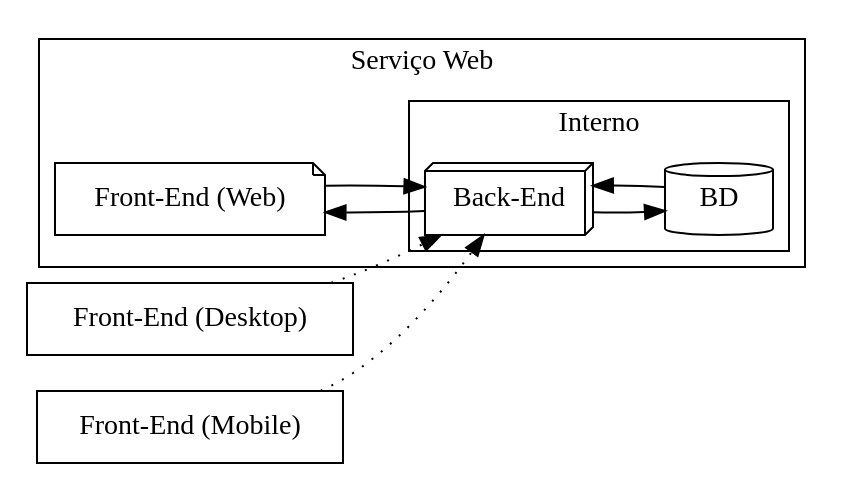
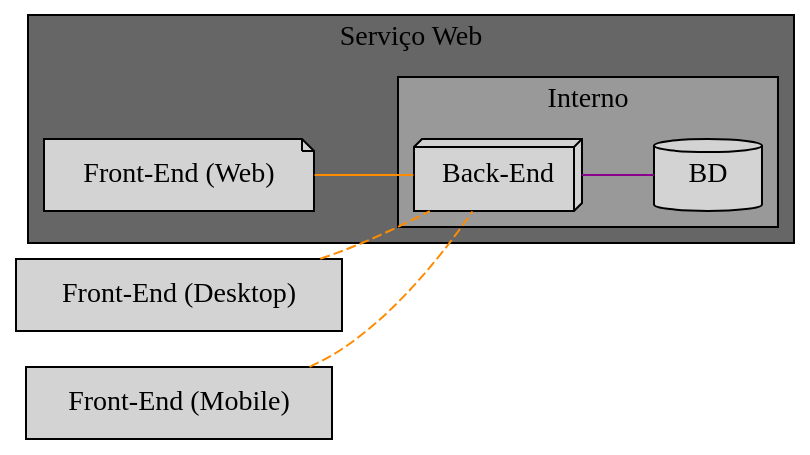
One commit to Minerva-System/minerva-system changed the diagram in docs/src/estrutura.md. Above: the diagram before and after it, drawn with Graphviz. The commit also changed 8 other files, not shown here.

````diff
--- a/docs/src/estrutura.md
+++ b/docs/src/estrutura.md
@@ -33,31 +33,32 @@
 ```dot process
-digraph {
-	frontend[label="Front-End (Web)", shape=note];
-	backend[label="Back-End", shape=box3d];
-	db[label="BD", shape=cylinder];
-	desktop[label="Front-End (Desktop)", shape=box];
-	mobile[label="Front-End (Mobile)", shape=box];
+graph {
+	bgcolor=transparent;
+	frontend[label="Front-End (Web)", shape=note, style=filled];
+	backend[label="Back-End", shape=box3d, style=filled];
+	db[label="BD", shape=cylinder, style=filled];
+	desktop[label="Front-End (Desktop)", shape=box, style=filled];
+	mobile[label="Front-End (Mobile)", shape=box, style=filled];
 
 	subgraph {
 		rankdir="LR";
-		desktop -> backend [style=dotted, shape=none];
-		mobile -> backend [style=dotted, shape=none];
+		desktop -- backend [style=dashed, shape=none, color=darkorange];
+		mobile -- backend [style=dashed, shape=none, color=darkorange];
 	}
 
 	rankdir="LR";
-    frontend -> backend;
-	backend -> frontend;
-	backend -> db;
-	db -> backend;
+    frontend -- backend[color=darkorange];
+	backend -- db[color=darkmagenta];
 	
 	subgraph cluster_webservice {
+		bgcolor="#666666";
 		label="Serviço Web";
 		frontend;
 		subgraph cluster_internal {
+			bgcolor="#999999";
 			label="Interno";
 		    backend;
 			db;
 		}
 	}
 }
 ```
````
